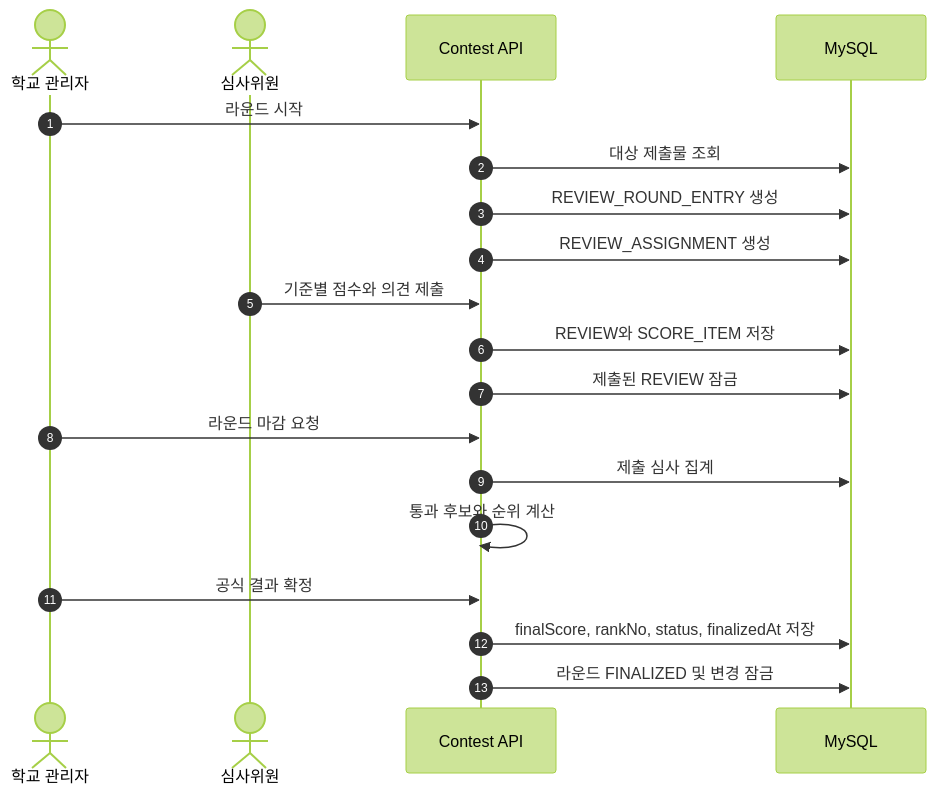
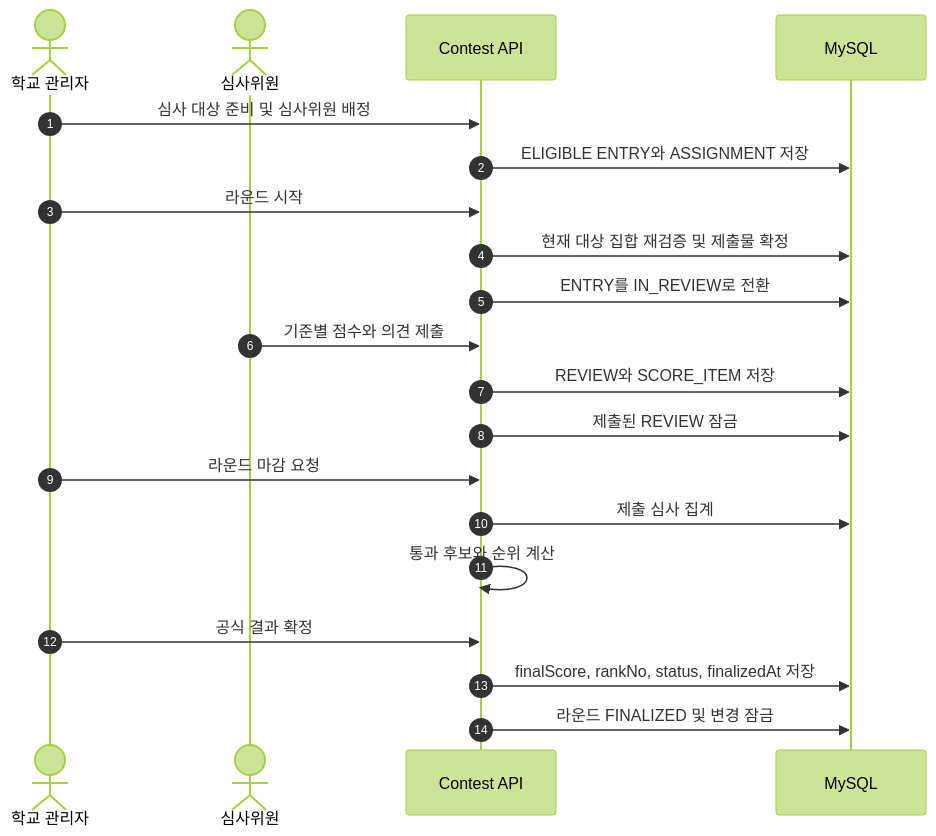
Before and after one commit to Tok-Baro/Trekkey_BackEnd: the fourth of 16 diagrams in docs/erd-mvp.md, drawn with Mermaid (forest theme). The commit also changed other lines of this file and 7 other files, not shown here.

````diff
--- a/docs/erd-mvp.md
+++ b/docs/erd-mvp.md
@@ -184,22 +184,23 @@
 ```mermaid
 sequenceDiagram
     autonumber
     actor Admin as 학교 관리자
     actor Judge as 심사위원
     participant API as Contest API
     participant DB as MySQL
 
+    Admin->>API: 심사 대상 준비 및 심사위원 배정
+    API->>DB: ELIGIBLE ENTRY와 ASSIGNMENT 저장
     Admin->>API: 라운드 시작
-    API->>DB: 대상 제출물 조회
-    API->>DB: REVIEW_ROUND_ENTRY 생성
-    API->>DB: REVIEW_ASSIGNMENT 생성
+    API->>DB: 현재 대상 집합 재검증 및 제출물 확정
+    API->>DB: ENTRY를 IN_REVIEW로 전환
     Judge->>API: 기준별 점수와 의견 제출
     API->>DB: REVIEW와 SCORE_ITEM 저장
     API->>DB: 제출된 REVIEW 잠금
     Admin->>API: 라운드 마감 요청
     API->>DB: 제출 심사 집계
     API->>API: 통과 후보와 순위 계산
     Admin->>API: 공식 결과 확정
     API->>DB: finalScore, rankNo, status, finalizedAt 저장
     API->>DB: 라운드 FINALIZED 및 변경 잠금
 ```
````
